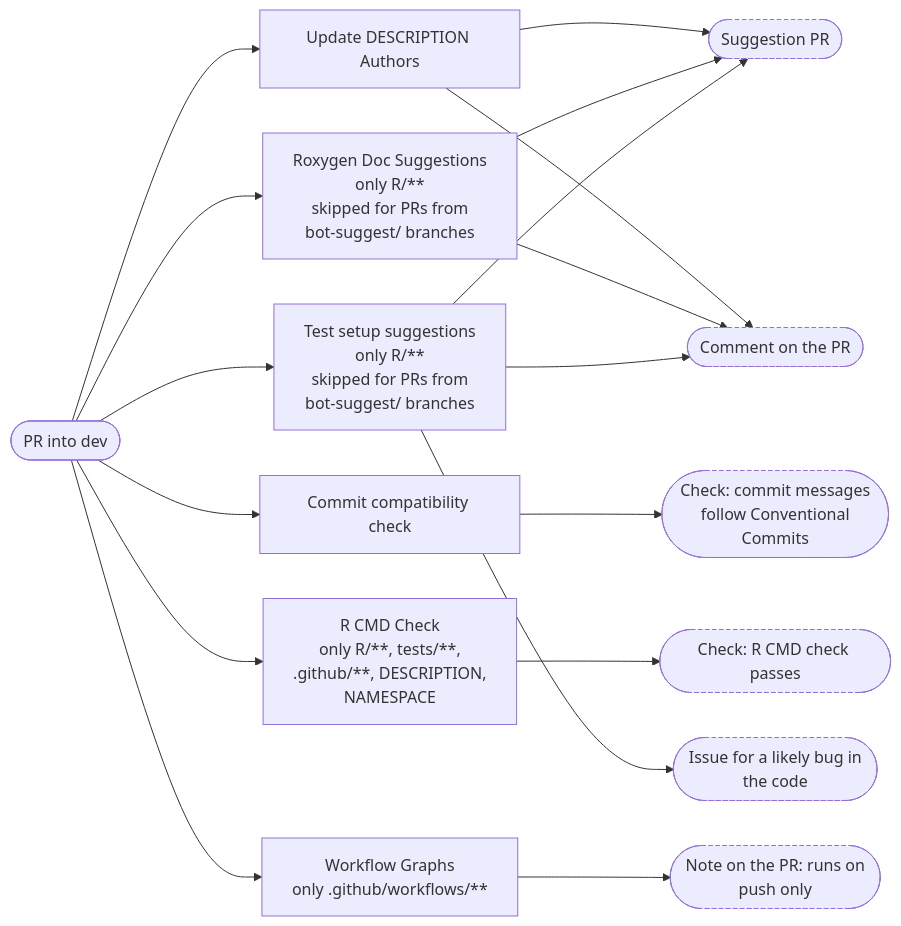
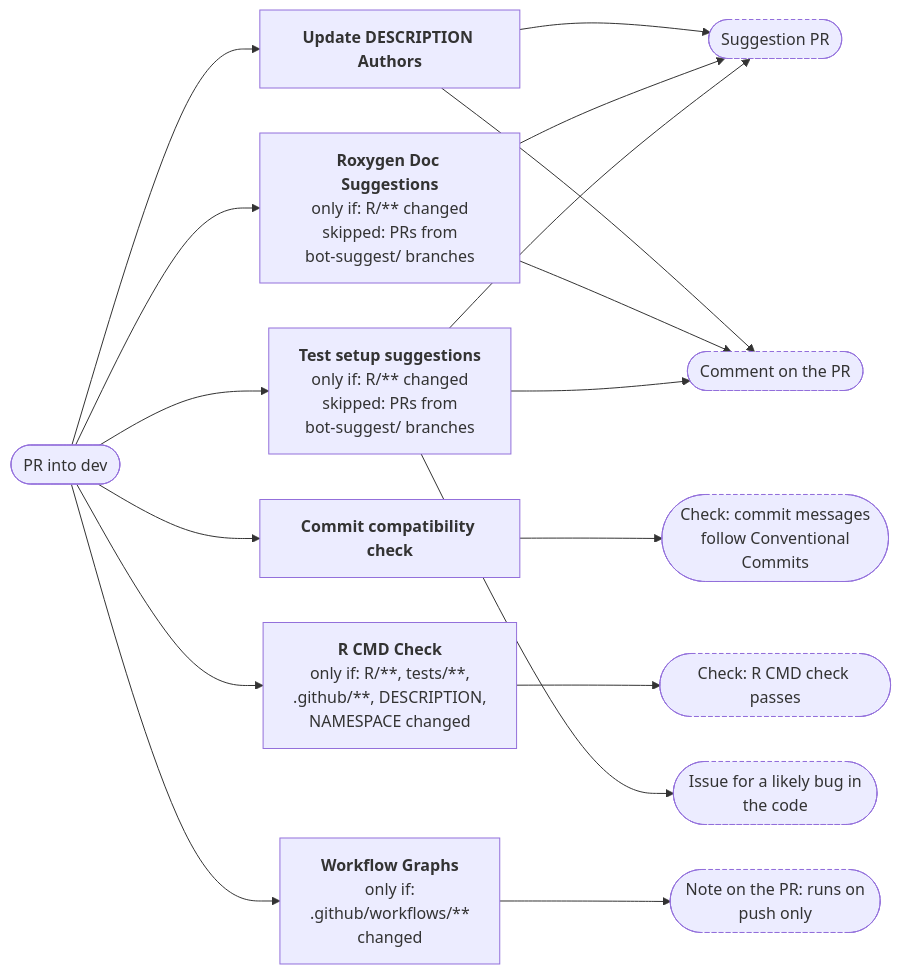
The first of 5 diagrams in .github/workflow-graphs/README.md (nfdi4health/dsSupportClient), drawn with Mermaid before and after one commit. The commit also changed other lines of this file, not shown here.

Commit message:
docs: update workflow diagrams

````diff
--- a/.github/workflow-graphs/README.md
+++ b/.github/workflow-graphs/README.md
@@ -33,34 +33,34 @@
 ```mermaid
 %%{init: {"flowchart": {"rankSpacing": 140, "nodeSpacing": 45}}}%%
 flowchart LR
   ev(["PR into dev"])
-  wf_check_author_included_yml["Update DESCRIPTION Authors"]
+  wf_check_author_included_yml["<b>Update DESCRIPTION Authors</b>"]
   ev --> wf_check_author_included_yml
-  wf_commitlint_yml["Commit compatibility check"]
+  wf_commitlint_yml["<b>Commit compatibility check</b>"]
   ev --> wf_commitlint_yml
-  wf_docs_suggest_yml["Roxygen Doc Suggestions<br/>only R/#42;#42;<br/>skipped for PRs from<br/>bot-suggest/ branches"]
+  wf_docs_suggest_yml["<b>Roxygen Doc Suggestions</b><br/>only if: R/#42;#42; changed<br/>skipped: PRs from<br/>bot-suggest/ branches"]
   ev --> wf_docs_suggest_yml
-  wf_R_CMD_Check_yml["R CMD Check<br/>only R/#42;#42;, tests/#42;#42;,<br/>.github/#42;#42;, DESCRIPTION,<br/>NAMESPACE"]
+  wf_R_CMD_Check_yml["<b>R CMD Check</b><br/>only if: R/#42;#42;, tests/#42;#42;,<br/>.github/#42;#42;, DESCRIPTION,<br/>NAMESPACE changed"]
   ev --> wf_R_CMD_Check_yml
-  wf_test_suggest_yml["Test setup suggestions<br/>only R/#42;#42;<br/>skipped for PRs from<br/>bot-suggest/ branches"]
+  wf_test_suggest_yml["<b>Test setup suggestions</b><br/>only if: R/#42;#42; changed<br/>skipped: PRs from<br/>bot-suggest/ branches"]
   ev --> wf_test_suggest_yml
-  wf_workflow_graph_yml["Workflow Graphs<br/>only .github/workflows/#42;#42;"]
+  wf_workflow_graph_yml["<b>Workflow Graphs</b><br/>only if:<br/>.github/workflows/#42;#42;<br/>changed"]
   ev --> wf_workflow_graph_yml
   out_1(["Suggestion PR"]):::outcome
   out_2(["Comment on the PR"]):::outcome
   out_3(["Check: commit messages<br/>follow Conventional<br/>Commits"]):::outcome
   out_4(["Check: R CMD check passes"]):::outcome
   out_5(["Issue for a likely bug in<br/>the code"]):::outcome
   out_6(["Note on the PR: runs on<br/>push only"]):::outcome
   wf_check_author_included_yml --> out_1
   wf_check_author_included_yml --> out_2
   wf_commitlint_yml --> out_3
   wf_docs_suggest_yml --> out_1
   wf_docs_suggest_yml --> out_2
   wf_R_CMD_Check_yml --> out_4
   wf_test_suggest_yml --> out_1
   wf_test_suggest_yml --> out_2
   wf_test_suggest_yml --> out_5
   wf_workflow_graph_yml --> out_6
   classDef outcome stroke-dasharray: 4 3
 ```
````
